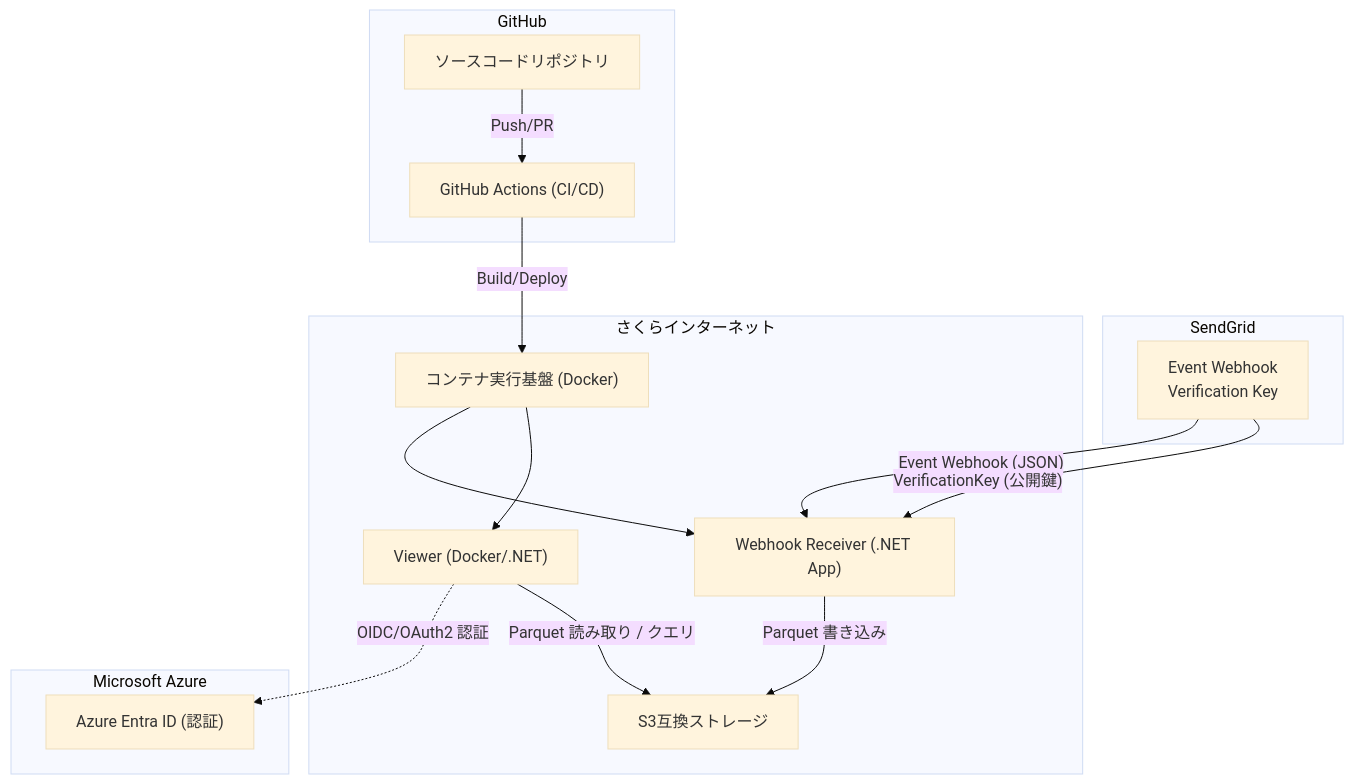
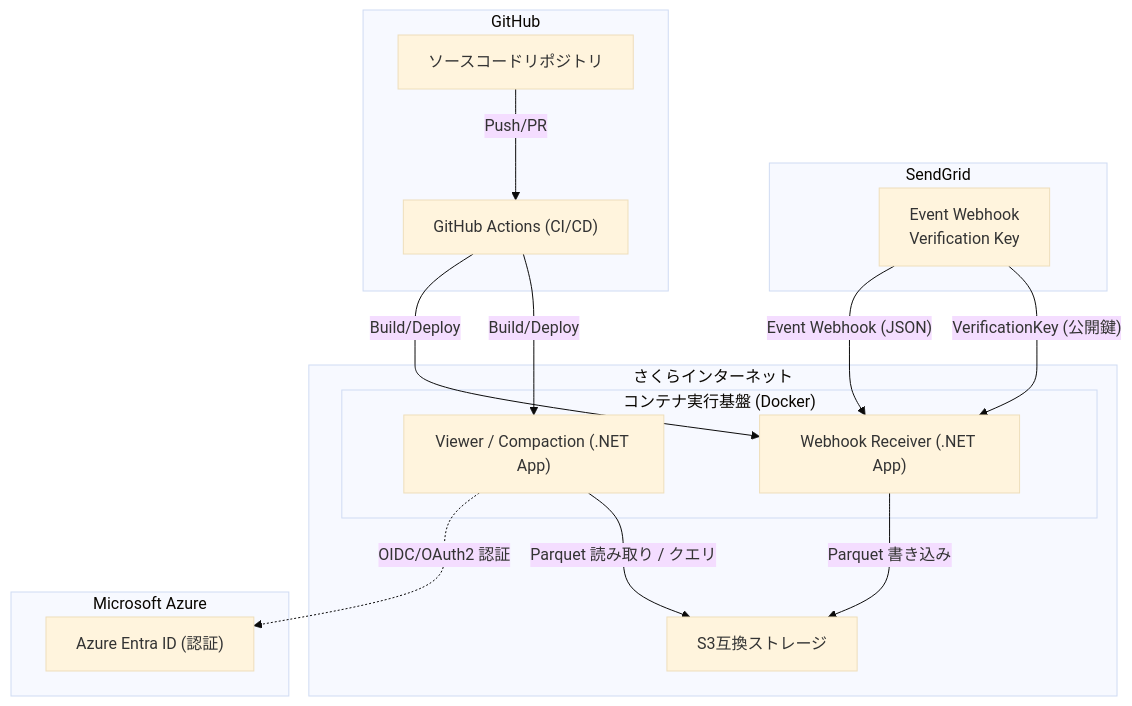
Before and after one commit to kamiyn/SendgridParquetLog: the first of 2 diagrams in README.md, drawn with Mermaid (base theme). The commit also changed other lines of this file, not shown here.

````diff
--- a/README.md
+++ b/README.md
@@ -17,38 +17,38 @@
 ```mermaid
 flowchart TD
   %% Providers as subgraphs
   subgraph SG[SendGrid]
     sg["Event Webhook\nVerification Key"]
   end
 
   subgraph SI[さくらインターネット]
-    platform["コンテナ実行基盤 (Docker)"]
-    app["Webhook Receiver (.NET App)"]
-    viewer["Viewer (Docker/.NET)"]
+    subgraph platform["コンテナ実行基盤 (Docker)"]
+      app["Webhook Receiver (.NET App)"]
+      viewer["Viewer / Compaction (.NET App)"]
+    end
     storage["S3互換ストレージ"]
   end
 
   subgraph GH[GitHub]
     repo["ソースコードリポジトリ"]
     actions["GitHub Actions (CI/CD)"]
   end
 
   subgraph AZ[Microsoft Azure]
     entra["Azure Entra ID (認証)"]
   end
 
   %% CI/CD and hosting
   repo -- Push/PR --> actions
-  actions -- Build/Deploy --> platform
-  platform --> app
-  platform --> viewer
+  actions -- Build/Deploy --> app
+  actions -- Build/Deploy --> viewer
 
   %% Webhook + verification
   sg -- "Event Webhook (JSON)" --> app
   sg -- "VerificationKey (公開鍵)" --> app
 
   %% Data flows
   app -- "Parquet 書き込み" --> storage
   viewer -. "OIDC/OAuth2 認証" .-> entra
   viewer -- "Parquet 読み取り / クエリ" --> storage
 ```
````
